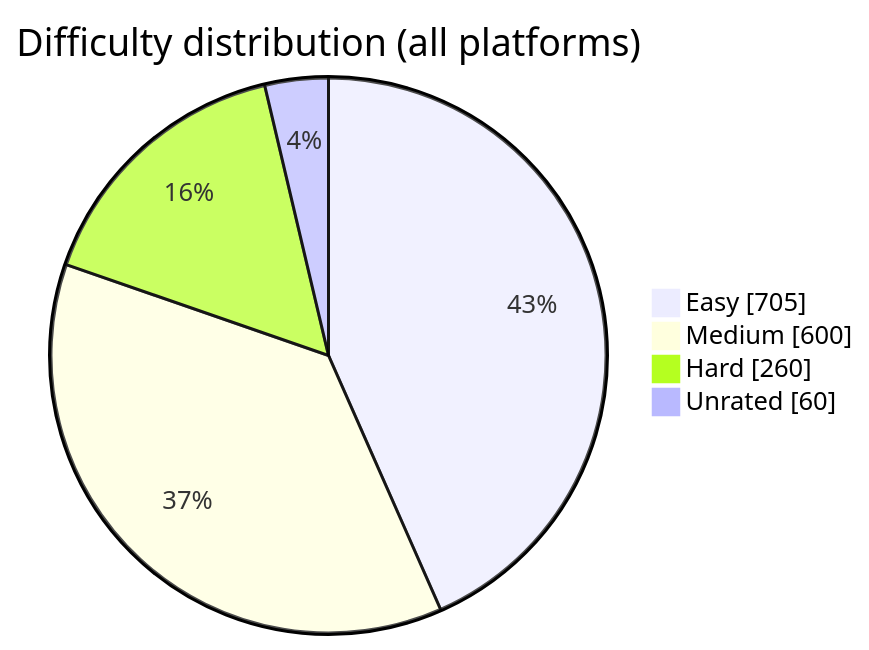
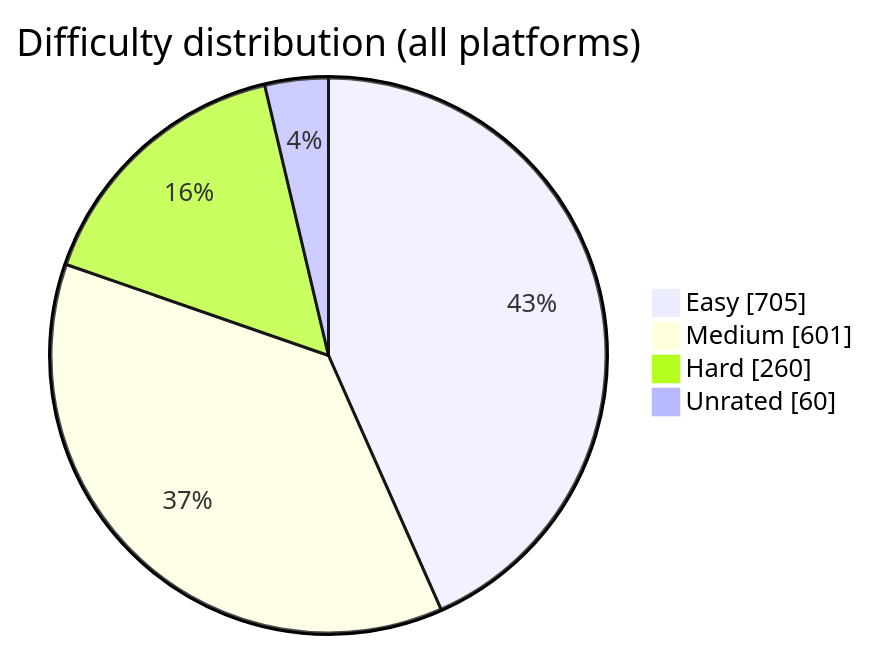
One commit to BuildbyArindam/Daily-Coding-Log changed the diagram in README.md. Above: the diagram before and after it, drawn with Mermaid. The commit also changed other lines of this file, not shown here.

````diff
--- a/README.md
+++ b/README.md
@@ -93,7 +93,7 @@
 ```mermaid
 pie showData title Difficulty distribution (all platforms)
     "Easy" : 705
-    "Medium" : 600
+    "Medium" : 601
     "Hard" : 260
     "Unrated" : 60
 ```
````
